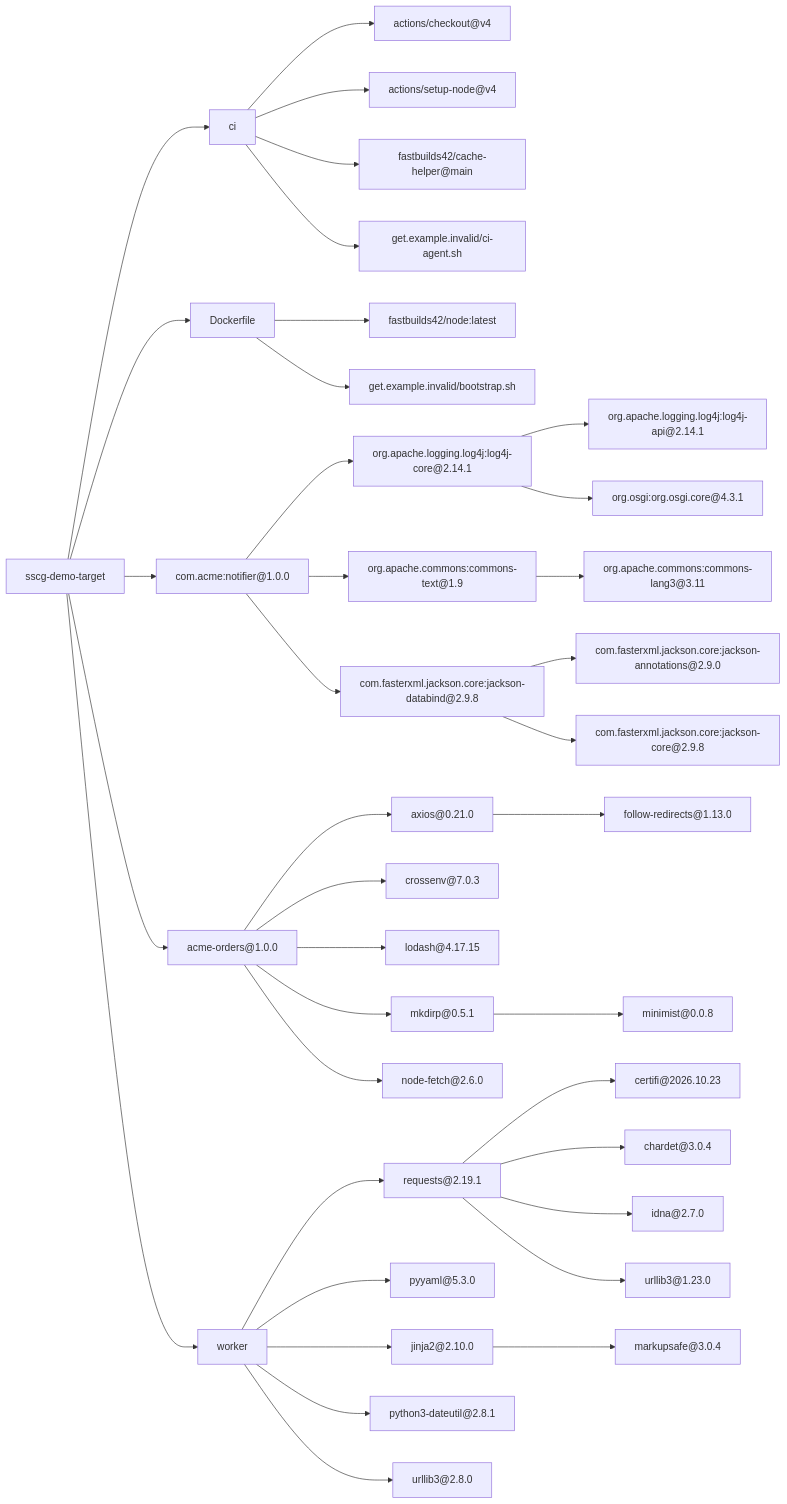
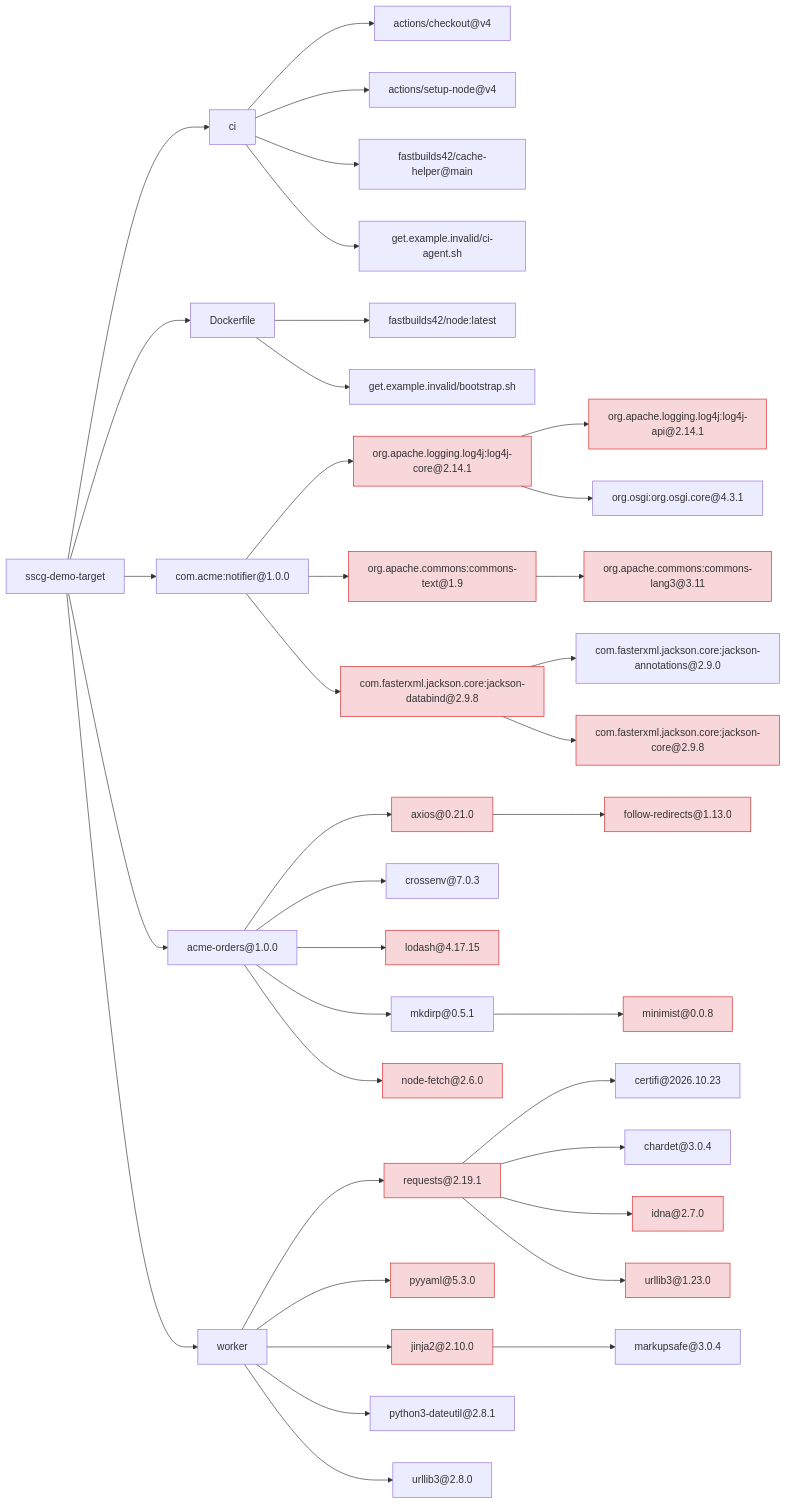
The diagram in sscg/out/sscg-demo-target/graph.mmd (gshyamv/Bosch-Hackathon), drawn with Mermaid before and after one commit. The commit also changed 15 other files, not shown here.

```diff
--- a/sscg/out/sscg-demo-target/graph.mmd
+++ b/sscg/out/sscg-demo-target/graph.mmd
@@ -1,75 +1,75 @@
 graph LR
   n0["sscg-demo-target"]
   n1["ci"]
   n2["actions/checkout@v4"]
   n3["actions/setup-node@v4"]
   n4["fastbuilds42/cache-helper@main"]
   n5["get.example.invalid/ci-agent.sh"]
   n6["Dockerfile"]
   n7["fastbuilds42/node:latest"]
   n8["get.example.invalid/bootstrap.sh"]
   n9["com.acme:notifier@1.0.0"]
-  n10["org.apache.logging.log4j:log4j-core@2.14.1"]
-  n11["org.apache.logging.log4j:log4j-api@2.14.1"]
+  n10["org.apache.logging.log4j:log4j-core@2.14.1"]:::vuln
+  n11["org.apache.logging.log4j:log4j-api@2.14.1"]:::vuln
   n12["org.osgi:org.osgi.core@4.3.1"]
-  n13["org.apache.commons:commons-text@1.9"]
-  n14["org.apache.commons:commons-lang3@3.11"]
-  n15["com.fasterxml.jackson.core:jackson-databind@2.9.8"]
+  n13["org.apache.commons:commons-text@1.9"]:::vuln
+  n14["org.apache.commons:commons-lang3@3.11"]:::vuln
+  n15["com.fasterxml.jackson.core:jackson-databind@2.9.8"]:::vuln
   n16["com.fasterxml.jackson.core:jackson-annotations@2.9.0"]
-  n17["com.fasterxml.jackson.core:jackson-core@2.9.8"]
+  n17["com.fasterxml.jackson.core:jackson-core@2.9.8"]:::vuln
   n18["acme-orders@1.0.0"]
-  n19["axios@0.21.0"]
+  n19["axios@0.21.0"]:::vuln
   n20["crossenv@7.0.3"]
-  n21["follow-redirects@1.13.0"]
-  n22["lodash@4.17.15"]
-  n23["minimist@0.0.8"]
+  n21["follow-redirects@1.13.0"]:::vuln
+  n22["lodash@4.17.15"]:::vuln
+  n23["minimist@0.0.8"]:::vuln
   n24["mkdirp@0.5.1"]
-  n25["node-fetch@2.6.0"]
+  n25["node-fetch@2.6.0"]:::vuln
   n26["worker"]
-  n27["requests@2.19.1"]
+  n27["requests@2.19.1"]:::vuln
   n28["certifi@2026.10.23"]
   n29["chardet@3.0.4"]
-  n30["idna@2.7.0"]
-  n31["urllib3@1.23.0"]
-  n32["pyyaml@5.3.0"]
-  n33["jinja2@2.10.0"]
+  n30["idna@2.7.0"]:::vuln
+  n31["urllib3@1.23.0"]:::vuln
+  n32["pyyaml@5.3.0"]:::vuln
+  n33["jinja2@2.10.0"]:::vuln
   n34["markupsafe@3.0.4"]
   n35["python3-dateutil@2.8.1"]
   n36["urllib3@2.8.0"]
   n0 --> n1
   n0 --> n6
   n0 --> n9
   n0 --> n18
   n0 --> n26
   n1 --> n2
   n1 --> n3
   n1 --> n4
   n1 --> n5
   n6 --> n7
   n6 --> n8
   n9 --> n10
   n9 --> n13
   n9 --> n15
   n10 --> n11
   n10 --> n12
   n13 --> n14
   n15 --> n16
   n15 --> n17
   n18 --> n19
   n18 --> n22
   n18 --> n24
   n18 --> n25
   n18 --> n20
   n19 --> n21
   n24 --> n23
   n26 --> n27
   n26 --> n32
   n26 --> n33
   n26 --> n35
   n26 --> n36
   n27 --> n28
   n27 --> n29
   n27 --> n30
   n27 --> n31
   n33 --> n34
   classDef vuln fill:#f8d7da,stroke:#d62728
```
